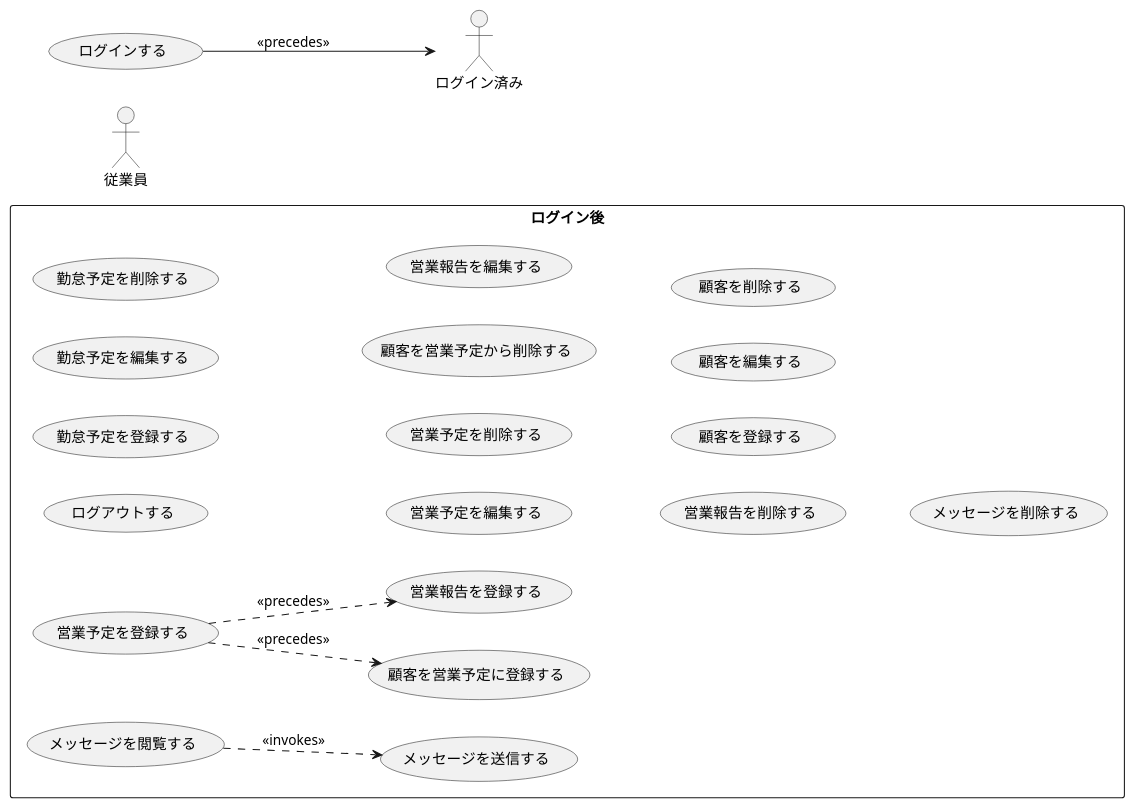
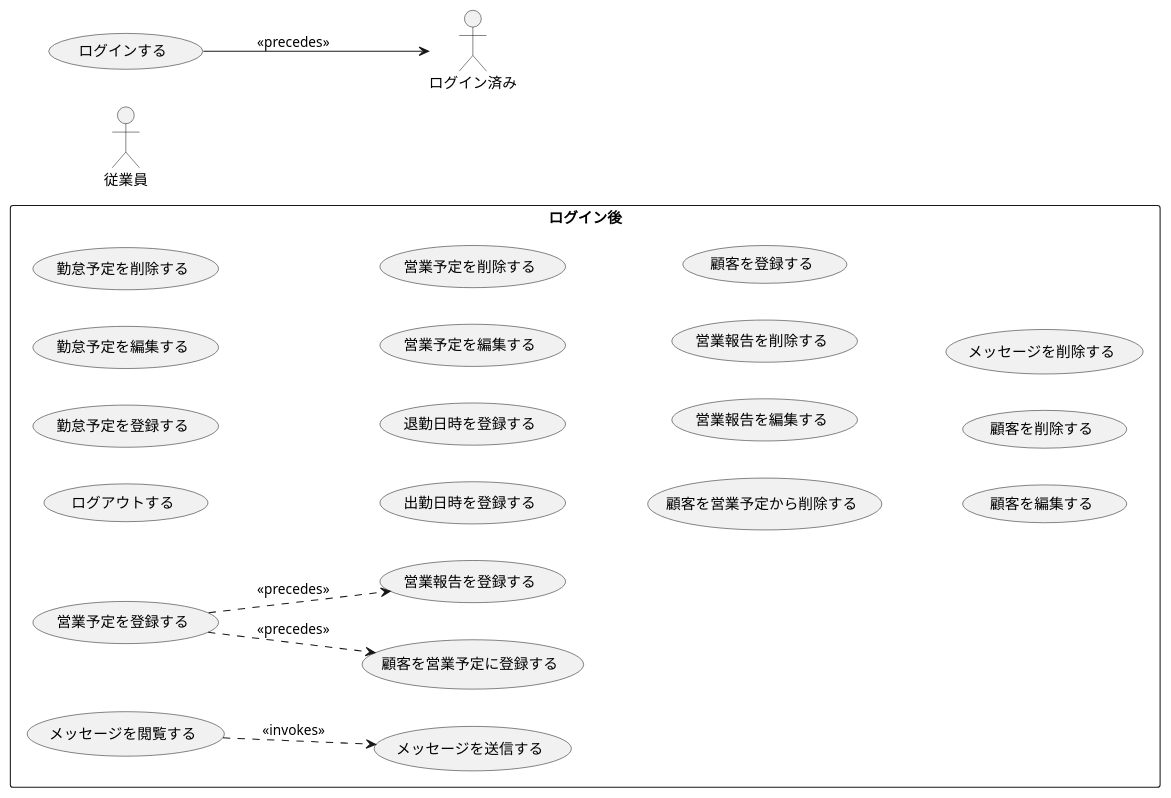
The diagram in doc/v1.0.0/従業員ユースケース図.pu (k42un0k0/k42un0k0force), drawn with PlantUML before and after one commit. The commit also changed 3 other files, not shown here.

```diff
--- a/doc/v1.0.0/従業員ユースケース図.pu
+++ b/doc/v1.0.0/従業員ユースケース図.pu
@@ -1,32 +1,34 @@
 @startuml ユースケース
 left to right direction
 
 :従業員:
 rectangle ログイン後{
 (ログアウトする)
 (勤怠予定を登録する)
 (勤怠予定を編集する)
 (勤怠予定を削除する)
+(出勤日時を登録する)
+(退勤日時を登録する)
 (営業予定を登録する)
 (営業予定を編集する)
 (営業予定を削除する)
 (顧客を営業予定に登録する)
 (顧客を営業予定から削除する)
 (営業報告を登録する)
 (営業報告を編集する)
 (営業報告を削除する)
 (顧客を登録する)
 (顧客を編集する)
 (顧客を削除する)
 (メッセージを送信する)
 (メッセージを削除する)
 (メッセージを閲覧する)
 
 (メッセージを閲覧する) ..> (メッセージを送信する) : <<invokes>>
 (営業予定を登録する) ..> (顧客を営業予定に登録する) : <<precedes>>
 (営業予定を登録する) ..> (営業報告を登録する) : <<precedes>>
 
 }
 (ログインする) --> ログイン済み : <<precedes>>
 
 @enduml
```
